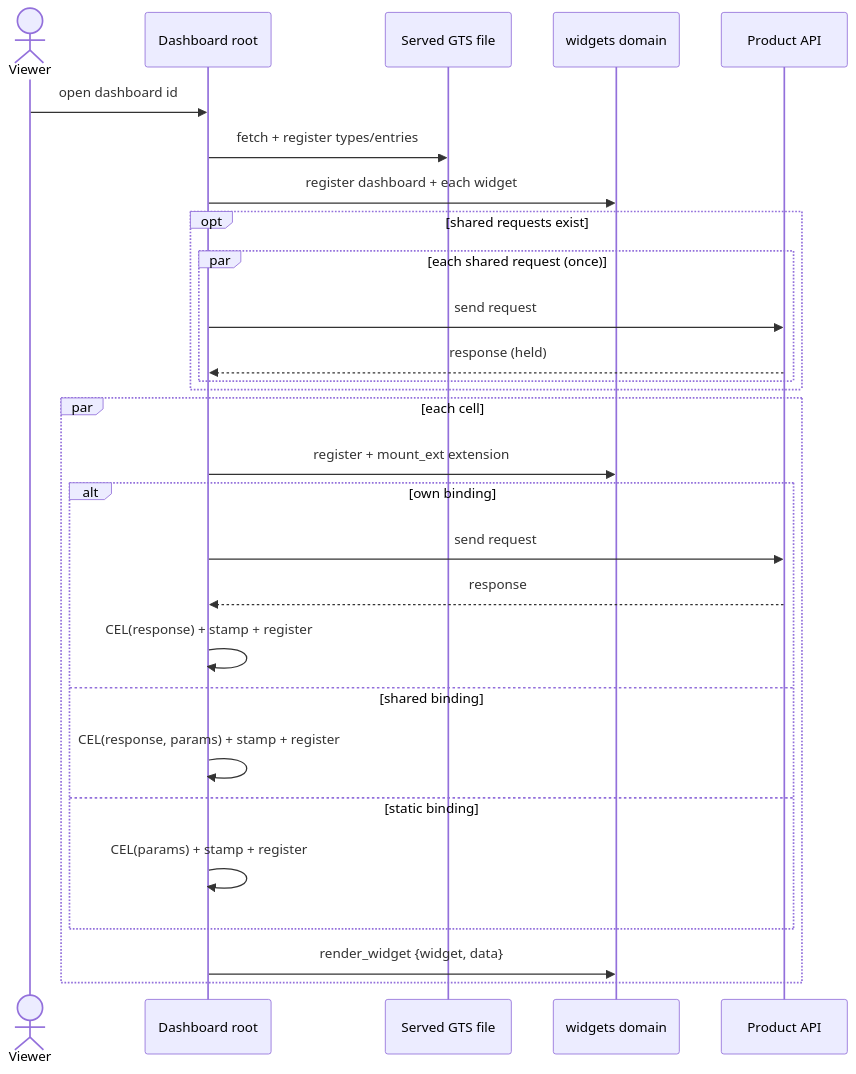
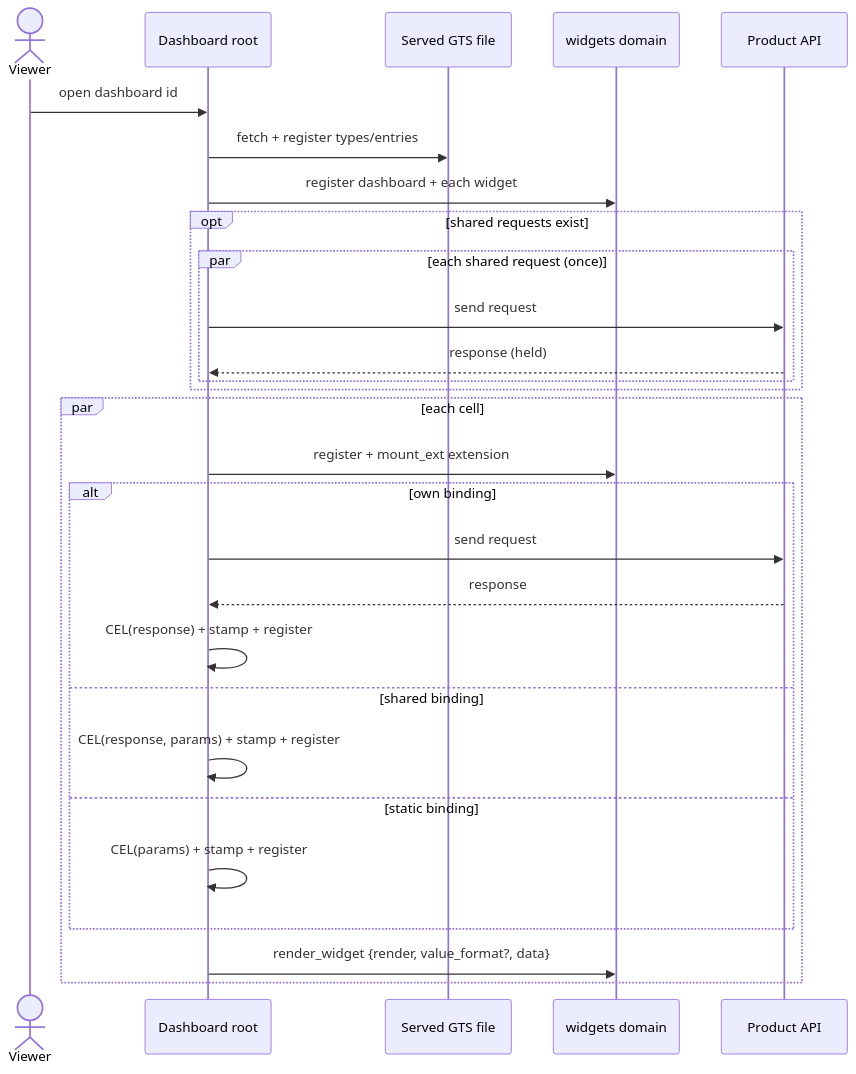
The third of 3 diagrams in template-dashboard/architecture/DESIGN.md (AndrejK666/gears-frontx-templates), drawn with Mermaid before and after one commit. The commit also changed other lines of this file and 17 other files, not shown here.

````diff
--- a/template-dashboard/architecture/DESIGN.md
+++ b/template-dashboard/architecture/DESIGN.md
@@ -438,30 +566,30 @@
 ```mermaid
 sequenceDiagram
     actor V as Viewer
     participant R as Dashboard root
     participant F as Served GTS file
     participant W as widgets domain
     participant API as Product API
     V->>R: open dashboard id
     R->>F: fetch + register types/entries
     R->>W: register dashboard + each widget
     opt shared requests exist
         par each shared request (once)
             R->>API: send request
             API-->>R: response (held)
         end
     end
     par each cell
         R->>W: register + mount_ext extension
         alt own binding
             R->>API: send request
             API-->>R: response
             R->>R: CEL(response) + stamp + register
         else shared binding
             R->>R: CEL(response, params) + stamp + register
         else static binding
             R->>R: CEL(params) + stamp + register
         end
-        R->>W: render_widget {widget, data}
+        R->>W: render_widget {render, value_format?, data}
     end
 ```
````
